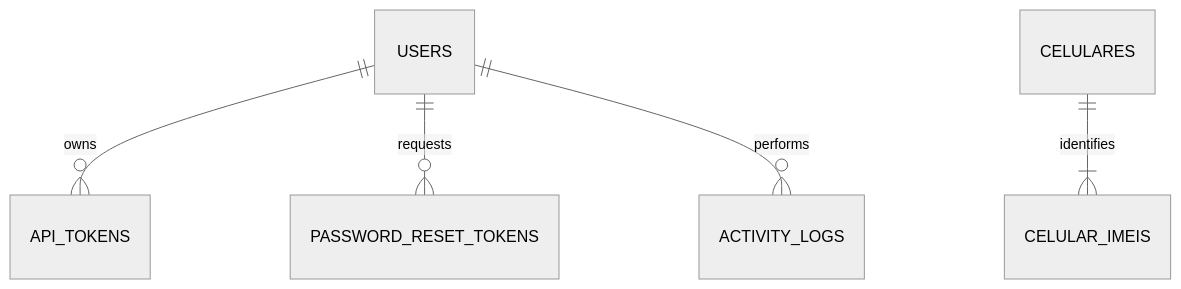
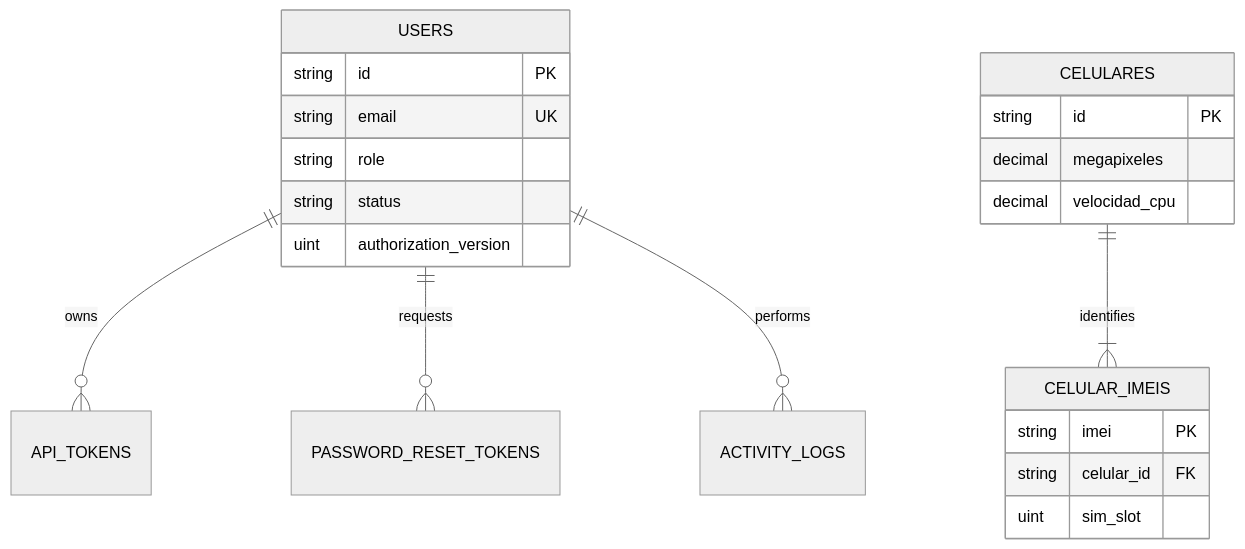
The diagram in docs/data-model.md (A-F-G-A/hexagonal-ddd-example-php), drawn with Mermaid (neutral theme) before and after one commit. The commit also changed other lines of this file and 8 other files, not shown here.

````diff
--- a/docs/data-model.md
+++ b/docs/data-model.md
@@ -7,7 +7,24 @@
 ```mermaid
 erDiagram
     USERS ||--o{ API_TOKENS : owns
     USERS ||--o{ PASSWORD_RESET_TOKENS : requests
     USERS ||--o{ ACTIVITY_LOGS : performs
     CELULARES ||--|{ CELULAR_IMEIS : identifies
+    USERS {
+        string id PK
+        string email UK
+        string role
+        string status
+        uint authorization_version
+    }
+    CELULARES {
+        string id PK
+        decimal megapixeles
+        decimal velocidad_cpu
+    }
+    CELULAR_IMEIS {
+        string imei PK
+        string celular_id FK
+        uint sim_slot
+    }
 ```
````
